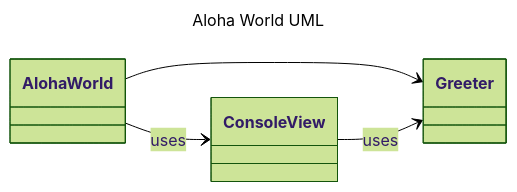
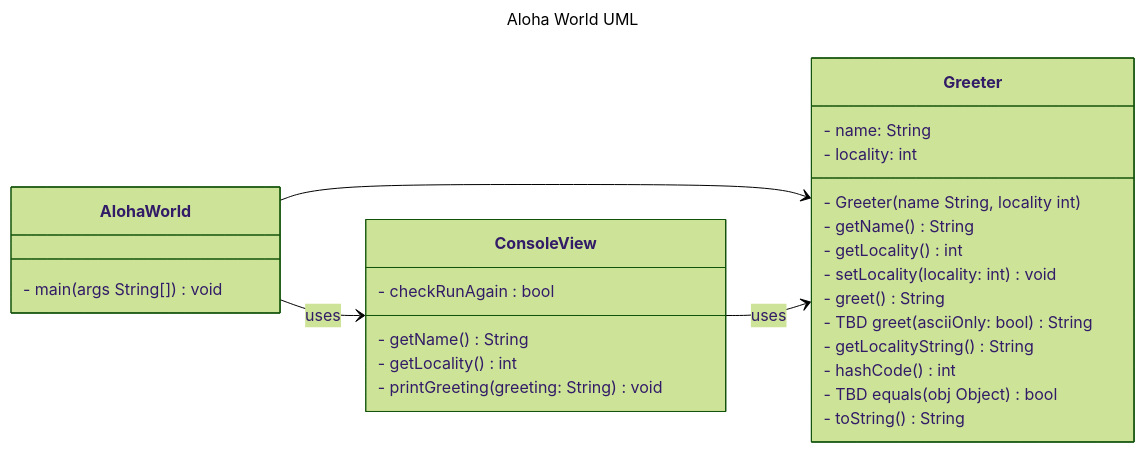
Before and after one commit to bourgeois-car-neu/CS5004--HW1-2: the diagram in homework-01-aloha-world-1/instructions/README.md, drawn with Mermaid (forest theme).

Commit message:
Filled UML Class Diagram

````diff
--- a/homework-01-aloha-world-1/instructions/README.md
+++ b/homework-01-aloha-world-1/instructions/README.md
@@ -106,19 +106,36 @@
 ```mermaid
 ---
 title: Aloha World UML
 ---
 classDiagram
     direction LR
     AlohaWorld --> Greeter 
     AlohaWorld --> ConsoleView : uses
     ConsoleView --> Greeter : uses
     class AlohaWorld {
+        - main(args String[]) void 
         
     }
     class Greeter {
+        - name: String
+        - locality: int
+        - Greeter(name String, locality int)
+        - getName() String
+        - getLocality() int
+        - setLocality(locality: int) void
+        - greet() String
+        - TBD greet(asciiOnly: bool) String
+        - getLocalityString() String
+        - hashCode() int
+        - TBD equals(obj Object) bool
+        - toString() String
         
     }
     class ConsoleView {
+        - checkRunAgain : bool
+        - getName () String
+        - getLocality() int
+        - printGreeting(greeting: String) void
         
     }
 ```
````
